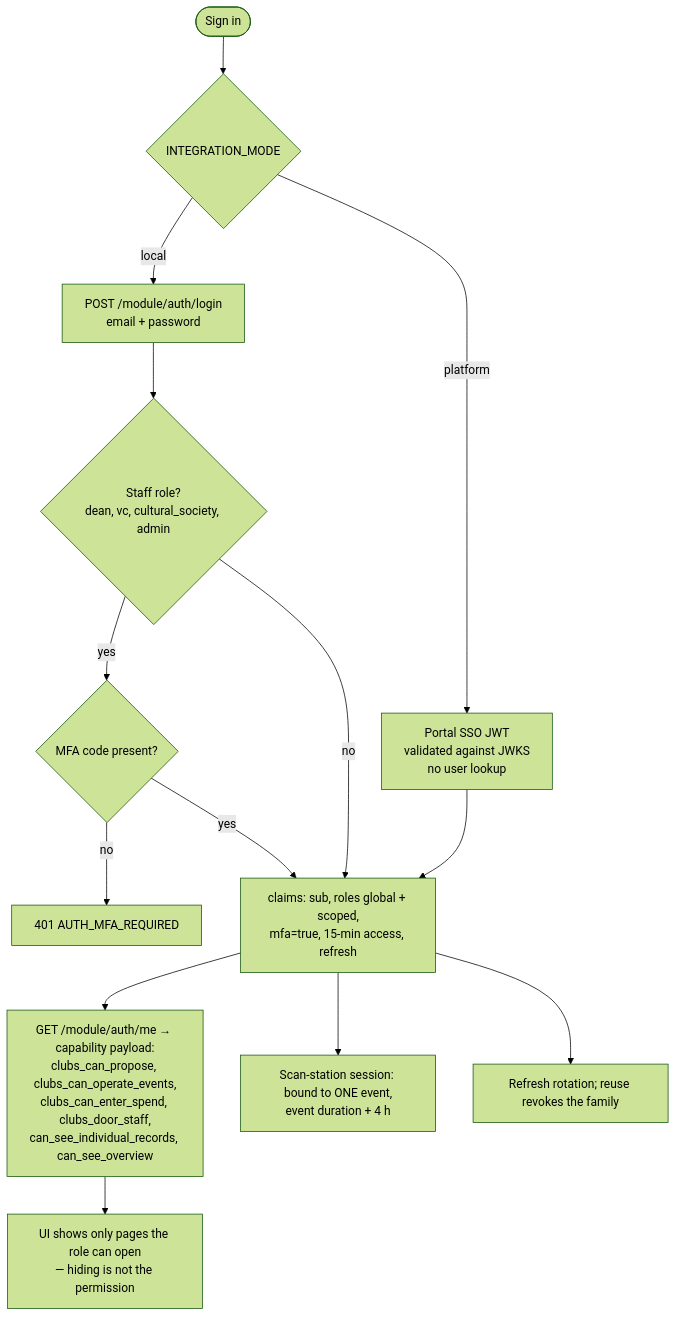
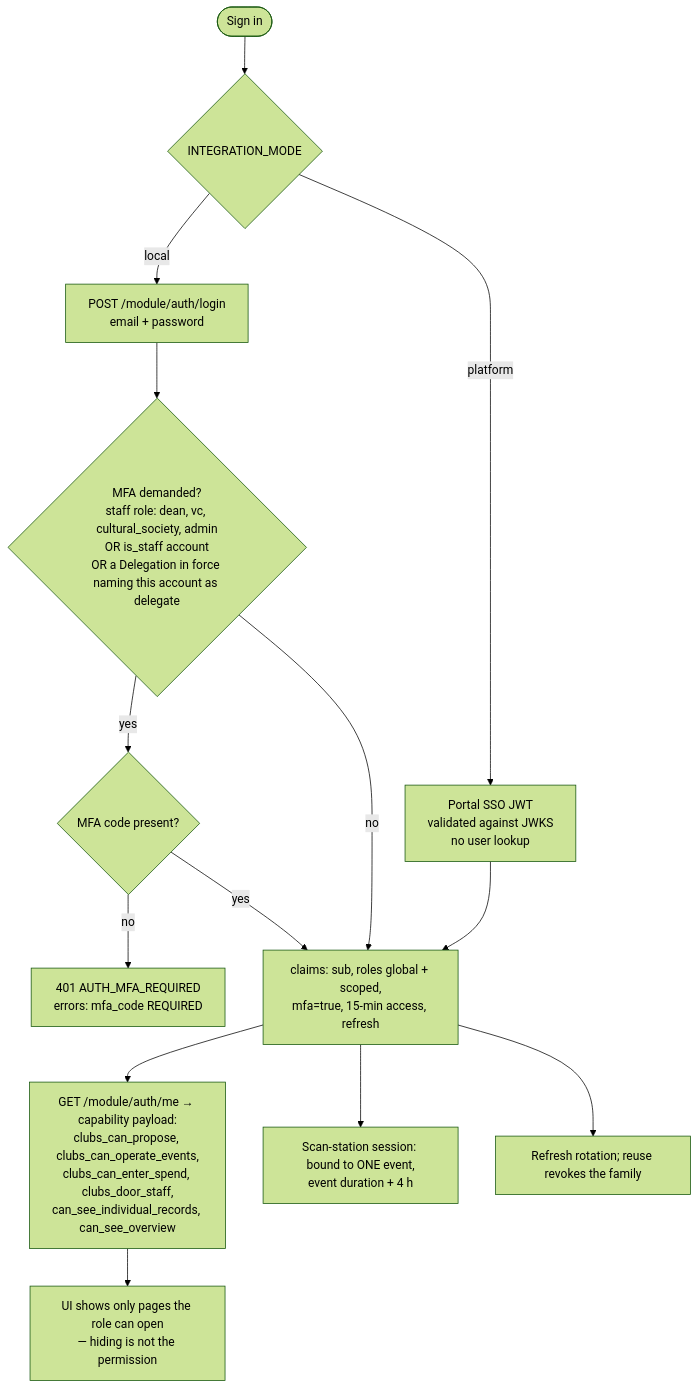
One commit to ChargingTrex/culturals-clubs-events changed diagram 15 of 15 in docs/FLOWS.md. Above: the diagram before and after it, drawn with Mermaid (forest theme). The commit also changed other lines of this file and 2 other files, not shown here.

Commit message:
Docs: API data models and flows refreshed to the wave-1 code; E-09 recorded as decided

````diff
--- a/docs/FLOWS.md
+++ b/docs/FLOWS.md
@@ -434,16 +538,16 @@
 ```mermaid
 flowchart TD
   A([Sign in]) --> B{INTEGRATION_MODE}
   B -->|local| C[POST /module/auth/login<br/>email + password]
   B -->|platform| D[Portal SSO JWT<br/>validated against JWKS<br/>no user lookup]
-  C --> E{Staff role?<br/>dean, vc, cultural_society, admin}
+  C --> E{MFA demanded?<br/>staff role: dean, vc, cultural_society, admin<br/>OR is_staff account<br/>OR a Delegation in force naming this account as delegate}
   E -->|yes| F{MFA code present?}
-  F -->|no| X[401 AUTH_MFA_REQUIRED]
+  F -->|no| X[401 AUTH_MFA_REQUIRED<br/>errors: mfa_code REQUIRED]
   F -->|yes| G[claims: sub, roles global + scoped,<br/>mfa=true, 15-min access, refresh]
   E -->|no| G
   D --> G
   G --> H[GET /module/auth/me → capability payload:<br/>clubs_can_propose, clubs_can_operate_events,<br/>clubs_can_enter_spend, clubs_door_staff,<br/>can_see_individual_records, can_see_overview]
   H --> I[UI shows only pages the role can open<br/>— hiding is not the permission]
   G --> J[Scan-station session: bound to ONE event,<br/>event duration + 4 h]
   G --> K[Refresh rotation; reuse revokes the family]
 ```
````
